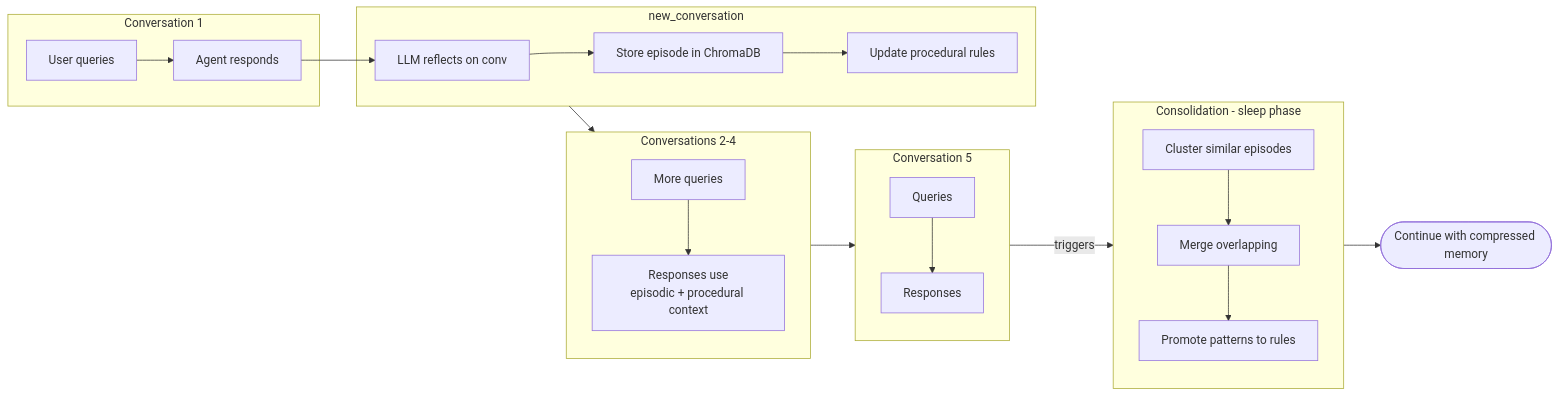
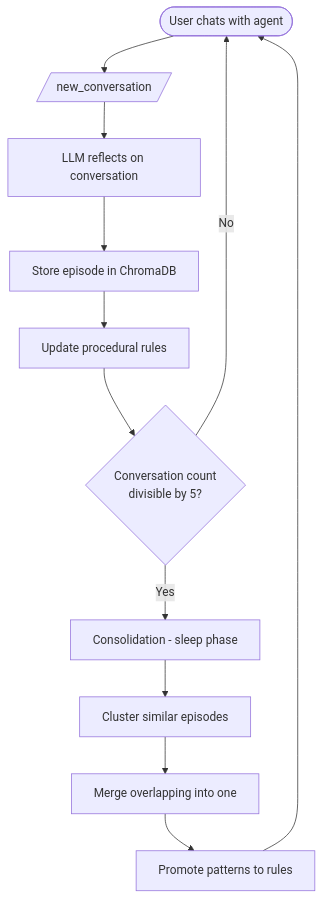
One commit to apattichis/cognitive-memory-agent changed the fourth of 4 diagrams in ARCHITECTURE.md. Above: the diagram before and after it, drawn with Mermaid. The commit also changed other lines of this file and 1 other file, not shown here.

First line of the commit message:
docs: clean up architecture diagrams

````diff
--- a/ARCHITECTURE.md
+++ b/ARCHITECTURE.md
@@ -98,32 +86,14 @@
 ```mermaid
-flowchart LR
-    subgraph Conv1[Conversation 1]
-        Q1[User queries] --> R1[Agent responds]
-    end
-
-    subgraph Save1[new_conversation]
-        R1 --> REFL1[LLM reflects on conv]
-        REFL1 --> EP1[Store episode in ChromaDB]
-        EP1 --> PROC1[Update procedural rules]
-    end
-
-    subgraph Conv2[Conversations 2-4]
-        Q2[More queries] --> R2[Responses use<br/>episodic + procedural context]
-    end
-
-    Save1 --> Conv2
-
-    subgraph Conv5[Conversation 5]
-        Q5[Queries] --> R5[Responses]
-    end
-
-    Conv2 --> Conv5
-
-    subgraph Sleep[Consolidation - sleep phase]
-        CLUST[Cluster similar episodes] --> MERG[Merge overlapping]
-        MERG --> PROM[Promote patterns to rules]
-    end
-
-    Conv5 -->|triggers| Sleep
-    Sleep --> NEXT([Continue with compressed memory])
+flowchart TD
+    CHAT([User chats with agent]) --> SAVE[/new_conversation/]
+    SAVE --> REFLECT[LLM reflects on conversation]
+    REFLECT --> STORE[Store episode in ChromaDB]
+    STORE --> UPDATE[Update procedural rules]
+    UPDATE --> CHECK{Conversation count<br/>divisible by 5?}
+    CHECK -->|No| CHAT
+    CHECK -->|Yes| SLEEP[Consolidation - sleep phase]
+    SLEEP --> CLUSTER[Cluster similar episodes]
+    CLUSTER --> MERGE[Merge overlapping into one]
+    MERGE --> PROMOTE[Promote patterns to rules]
+    PROMOTE --> CHAT
 ```
````
